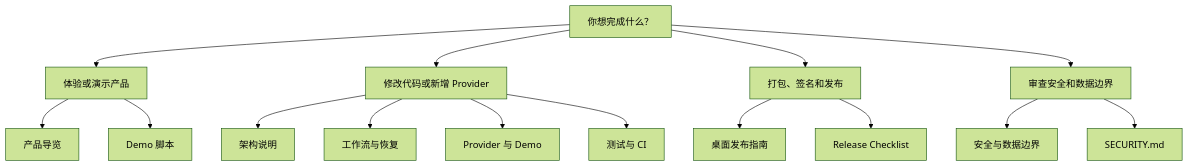
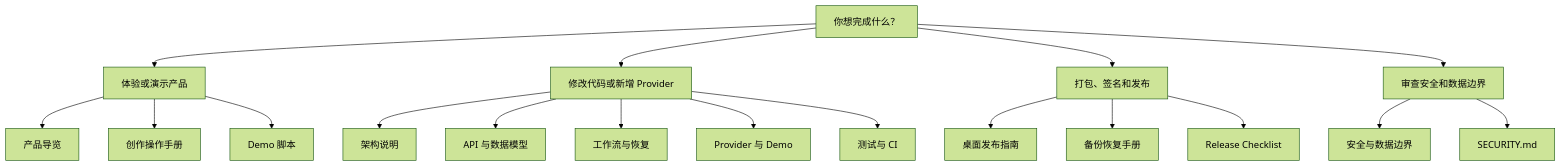
Before and after one commit to 728792899-create/aigc-video-platform: the diagram in docs/README.md, drawn with Mermaid (forest theme). The commit also changed other lines of this file and 38 other files, not shown here.

````diff
--- a/docs/README.md
+++ b/docs/README.md
@@ -9,18 +9,21 @@
 ```mermaid
 flowchart TD
   Start["你想完成什么？"] --> Creator["体验或演示产品"]
   Start --> Dev["修改代码或新增 Provider"]
   Start --> Ops["打包、签名和发布"]
   Start --> Security["审查安全和数据边界"]
 
   Creator --> Tour["产品导览"]
+  Creator --> Guide["创作操作手册"]
   Creator --> Demo["Demo 脚本"]
   Dev --> Arch["架构说明"]
+  Dev --> Api["API 与数据模型"]
   Dev --> Workflow["工作流与恢复"]
   Dev --> Provider["Provider 与 Demo"]
   Dev --> Tests["测试与 CI"]
   Ops --> Desktop["桌面发布指南"]
+  Ops --> Backup["备份恢复手册"]
   Ops --> Checklist["Release Checklist"]
   Security --> Data["安全与数据边界"]
   Security --> Policy["SECURITY.md"]
 ```
````
